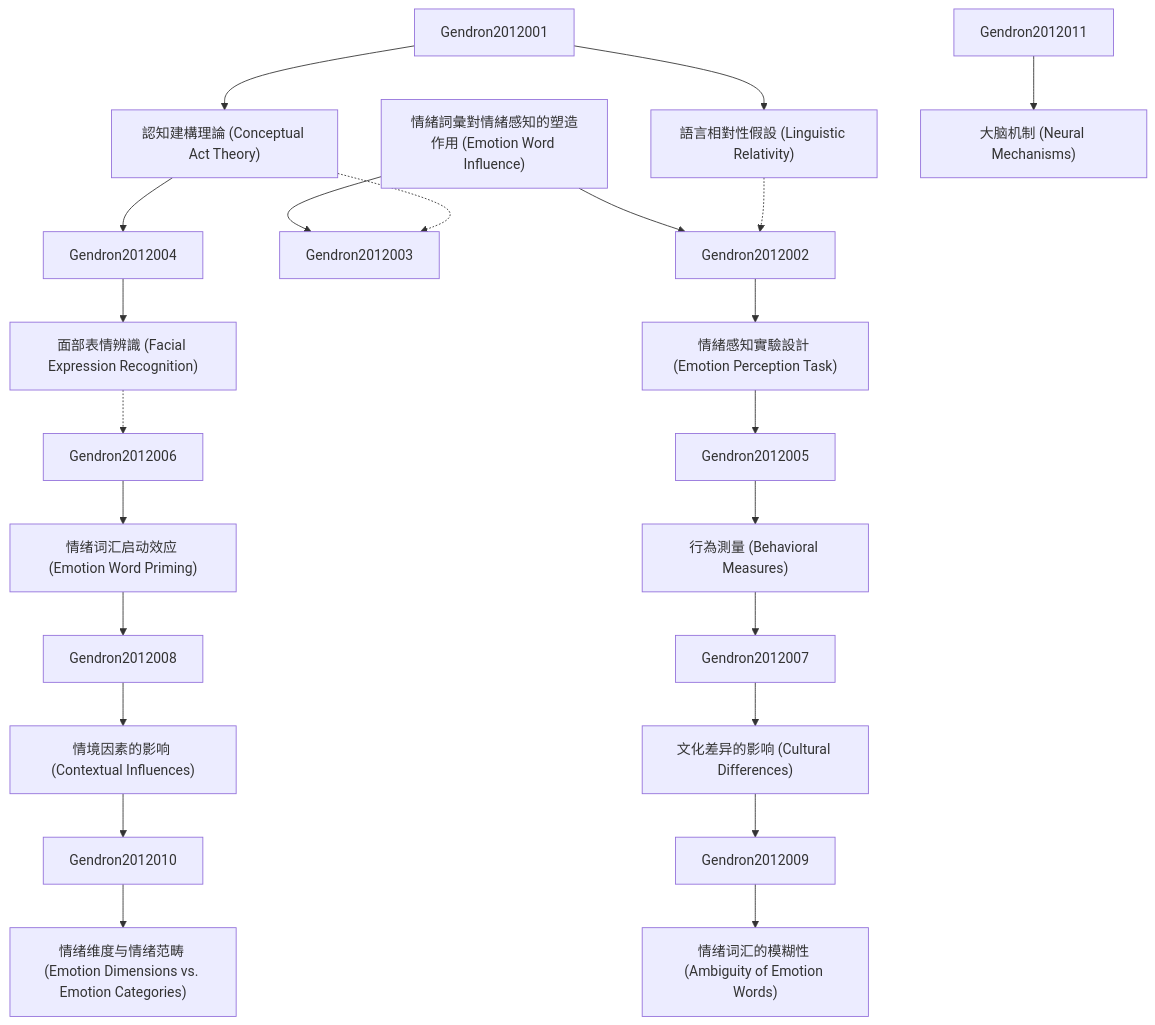
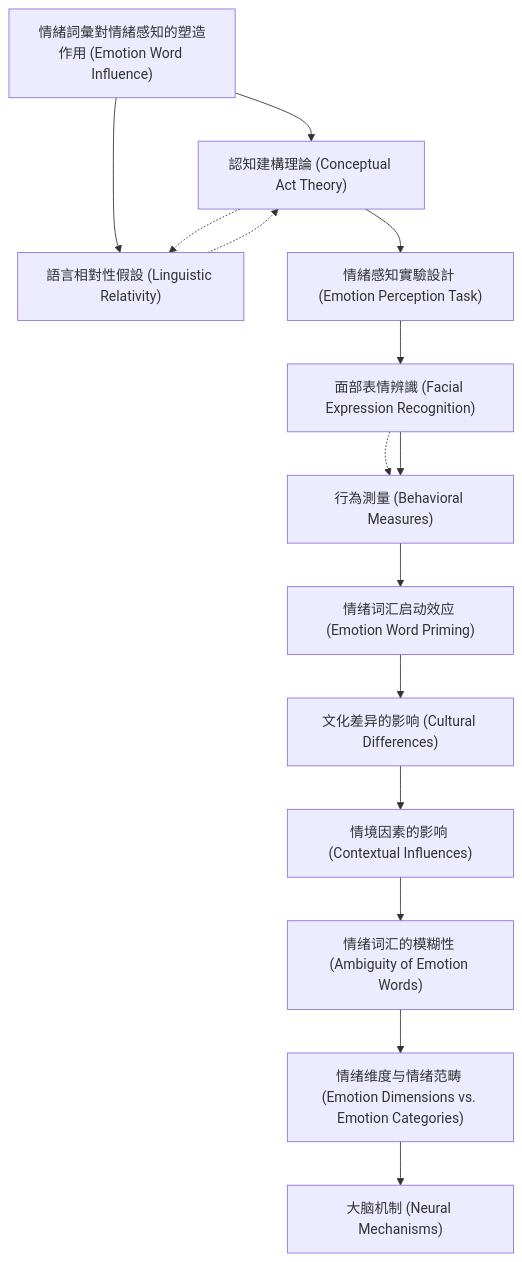
One commit to SCgeeker/Claude_Journal_Club_Agents changed the diagram in output/zettelkasten_notes/zettel_Gendron-2012_20251104/zettel_index.md. Above: the diagram before and after it, drawn with Mermaid. The commit also changed 776 other files, not shown here.

````diff
--- a/output/zettelkasten_notes/zettel_Gendron-2012_20251104/zettel_index.md
+++ b/output/zettelkasten_notes/zettel_Gendron-2012_20251104/zettel_index.md
@@ -92,72 +92,64 @@
 ```mermaid
 graph TD
 
     Gendron-2012-001["情緒詞彙對情緒感知的塑造作用 (Emotion Word Influence)"]
 
     Gendron-2012-002["認知建構理論 (Conceptual Act Theory)"]
 
     Gendron-2012-003["語言相對性假設 (Linguistic Relativity)"]
 
     Gendron-2012-004["情緒感知實驗設計 (Emotion Perception Task)"]
 
     Gendron-2012-005["面部表情辨識 (Facial Expression Recognition)"]
 
     Gendron-2012-006["行為測量 (Behavioral Measures)"]
 
     Gendron-2012-007["情绪词汇启动效应 (Emotion Word Priming)"]
 
     Gendron-2012-008["文化差异的影响 (Cultural Differences)"]
 
     Gendron-2012-009["情境因素的影响 (Contextual Influences)"]
 
     Gendron-2012-010["情绪词汇的模糊性 (Ambiguity of Emotion Words)"]
 
     Gendron-2012-011["情绪维度与情绪范畴 (Emotion Dimensions vs. Emotion Categories)"]
 
     Gendron-2012-012["大脑机制 (Neural Mechanisms)"]
 
-    Gendron-2012-001 --> Gendron2012002
+    Gendron-2012-001 --> Gendron-2012-002
 
-    Gendron-2012-001 --> Gendron2012003
+    Gendron-2012-001 --> Gendron-2012-003
 
-    Gendron2012001 --> Gendron-2012-002
 
-    Gendron-2012-002 --> Gendron2012004
+    Gendron-2012-002 --> Gendron-2012-004
 
-    Gendron-2012-002 -.-> Gendron2012003
+    Gendron-2012-002 -.-> Gendron-2012-003
 
-    Gendron2012001 --> Gendron-2012-003
 
-    Gendron-2012-003 -.-> Gendron2012002
+    Gendron-2012-003 -.-> Gendron-2012-002
 
-    Gendron2012002 --> Gendron-2012-004
 
-    Gendron-2012-004 --> Gendron2012005
+    Gendron-2012-004 --> Gendron-2012-005
 
-    Gendron2012004 --> Gendron-2012-005
 
-    Gendron-2012-005 -.-> Gendron2012006
+    Gendron-2012-005 -.-> Gendron-2012-006
 
-    Gendron2012005 --> Gendron-2012-006
+    Gendron-2012-005 --> Gendron-2012-006
 
-    Gendron-2012-006 --> Gendron2012007
+    Gendron-2012-006 --> Gendron-2012-007
 
-    Gendron2012006 --> Gendron-2012-007
 
-    Gendron-2012-007 --> Gendron2012008
+    Gendron-2012-007 --> Gendron-2012-008
 
-    Gendron2012007 --> Gendron-2012-008
 
-    Gendron-2012-008 --> Gendron2012009
+    Gendron-2012-008 --> Gendron-2012-009
 
-    Gendron2012008 --> Gendron-2012-009
 
-    Gendron-2012-009 --> Gendron2012010
+    Gendron-2012-009 --> Gendron-2012-010
 
-    Gendron2012009 --> Gendron-2012-010
 
-    Gendron2012010 --> Gendron-2012-011
+    Gendron-2012-010 --> Gendron-2012-011
 
-    Gendron2012011 --> Gendron-2012-012
+    Gendron-2012-011 --> Gendron-2012-012
 
 ```
````
